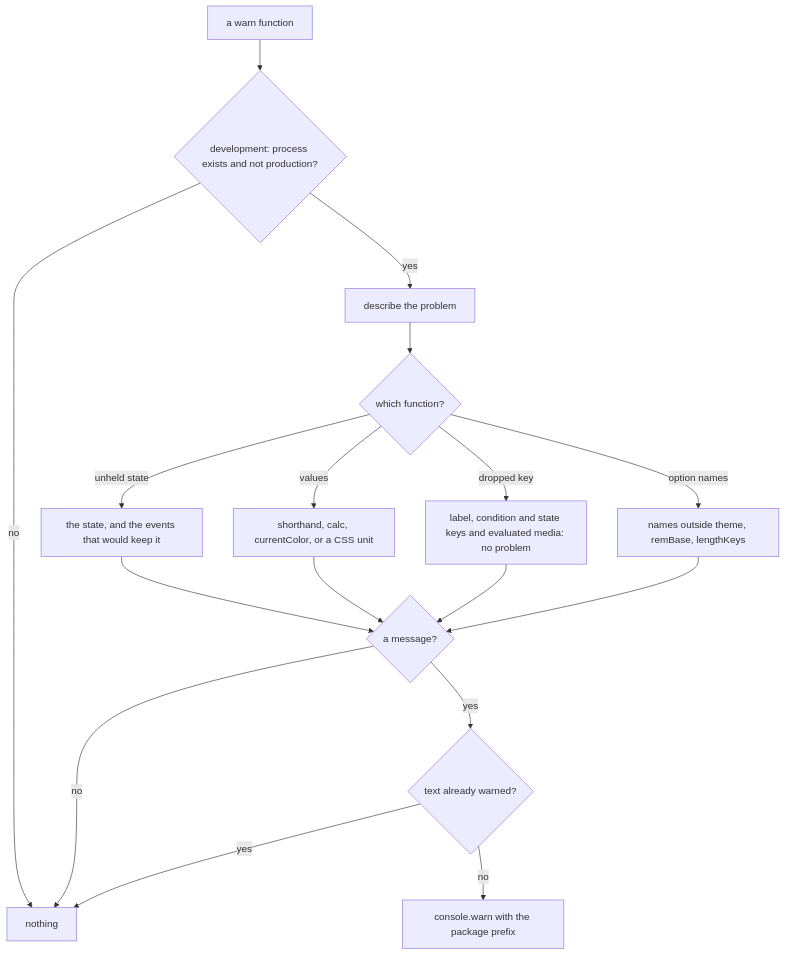
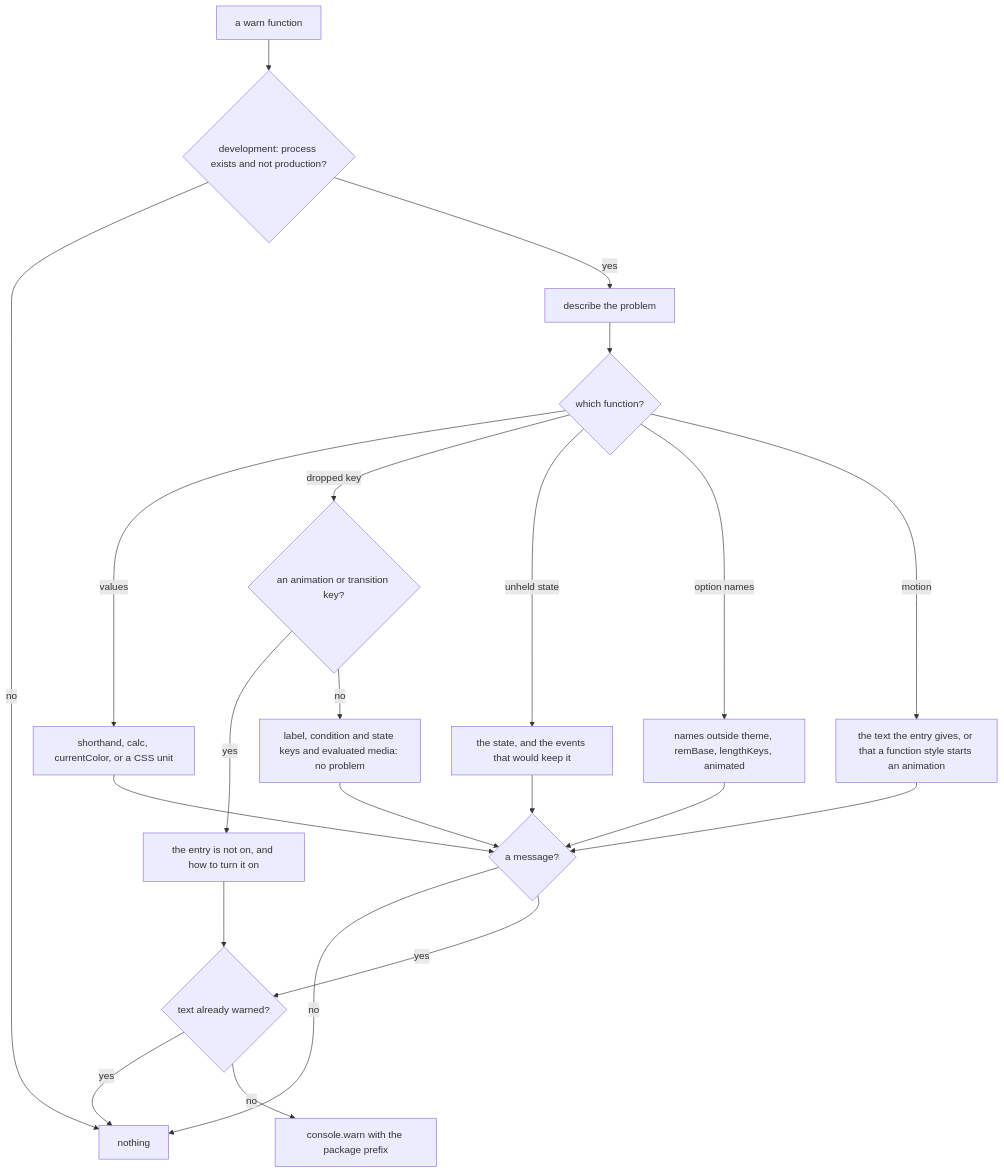
The diagram in packages/react-native/src/warnStyle.md (soroush-tech/umber-style), drawn with Mermaid before and after one commit. The commit also changed other lines of this file and 93 other files, not shown here.

Commit message:
feat(react-native): animations and transitions run on React Native through react-native-reanimated from the animated entry, and every package is at 0.5.0 - #43

````diff
--- a/packages/react-native/src/warnStyle.md
+++ b/packages/react-native/src/warnStyle.md
@@ -20,19 +23,24 @@
 ```mermaid
 flowchart TD
   call["a warn function"] --> dev{"development: process exists and not production?"}
   dev -->|"no"| quiet["nothing"]
   dev -->|"yes"| desc["describe the problem"]
   desc --> kind{"which function?"}
   kind -->|"values"| val["shorthand, calc, currentColor, or a CSS unit"]
-  kind -->|"dropped key"| drop["label, condition and state keys and evaluated media: no problem"]
+  kind -->|"dropped key"| motionKeyQ{"an animation or transition key?"}
+  motionKeyQ -->|"yes"| motionOff["the entry is not on, and how to turn it on"]
+  motionOff --> once
+  motionKeyQ -->|"no"| drop["label, condition and state keys and evaluated media: no problem"]
   kind -->|"unheld state"| held["the state, and the events that would keep it"]
   held --> has
-  kind -->|"option names"| opt["names outside theme, remBase, lengthKeys"]
+  kind -->|"option names"| opt["names outside theme, remBase, lengthKeys, animated"]
+  kind -->|"motion"| motionNode["the text the entry gives, or that a function style starts an animation"]
+  motionNode --> has
   val --> has{"a message?"}
   drop --> has
   opt --> has
   has -->|"no"| quiet
   has -->|"yes"| once{"text already warned?"}
   once -->|"yes"| quiet
   once -->|"no"| emit["console.warn with the package prefix"]
 ```
````
